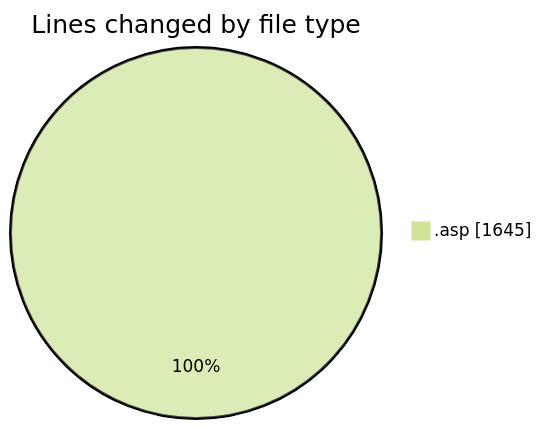
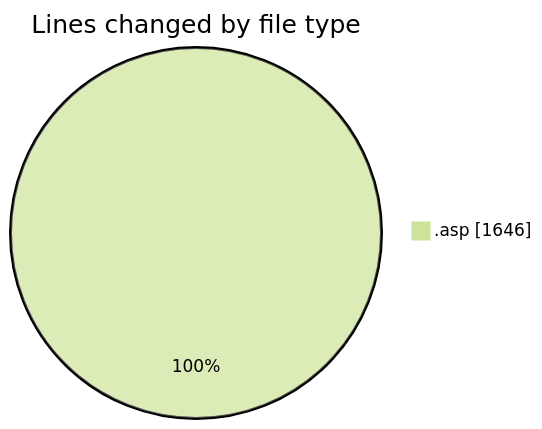
Before and after one commit to julien-gomy/code-tracking: the first of 2 diagrams in 2025-11-05/cdp_aleoudev_fr__workspace_/README.md, drawn with Mermaid (forest theme). The commit also changed other lines of this file and 1 other file, not shown here.

````diff
--- a/2025-11-05/cdp_aleoudev_fr__workspace_/README.md
+++ b/2025-11-05/cdp_aleoudev_fr__workspace_/README.md
@@ -21,5 +21,5 @@
 ```mermaid
 pie showData
 title Lines changed by file type
-".asp" : 1645
+".asp" : 1646
 ```
````
